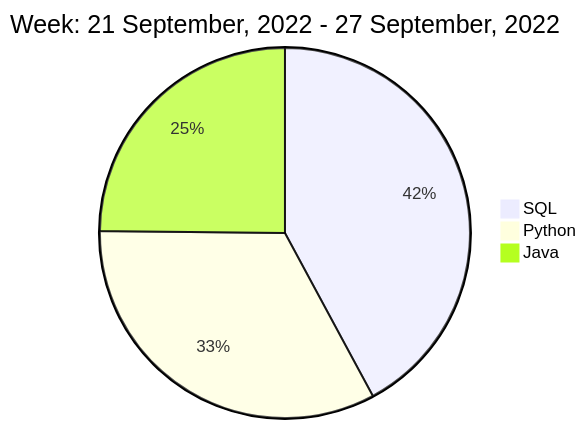
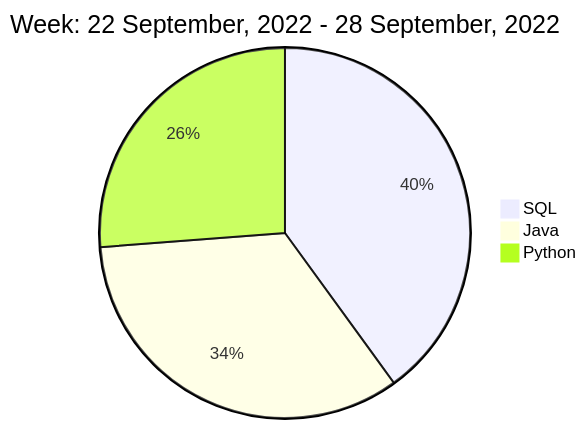
One commit to liubin95/liubin95 changed the diagram in README.md. Above: the diagram before and after it, drawn with Mermaid.

Commit message:
Updated the Graph with new Metrics

````diff
--- a/README.md
+++ b/README.md
@@ -40,7 +40,7 @@
 ```mermaid
  pie
-title Week: 21 September, 2022 - 27 September, 2022
- "SQL" : 2.97
- "Python" : 2.33
- "Java" : 1.75
+title Week: 22 September, 2022 - 28 September, 2022
+ "SQL" : 2.7
+ "Java" : 2.28
+ "Python" : 1.77
 ```
````
